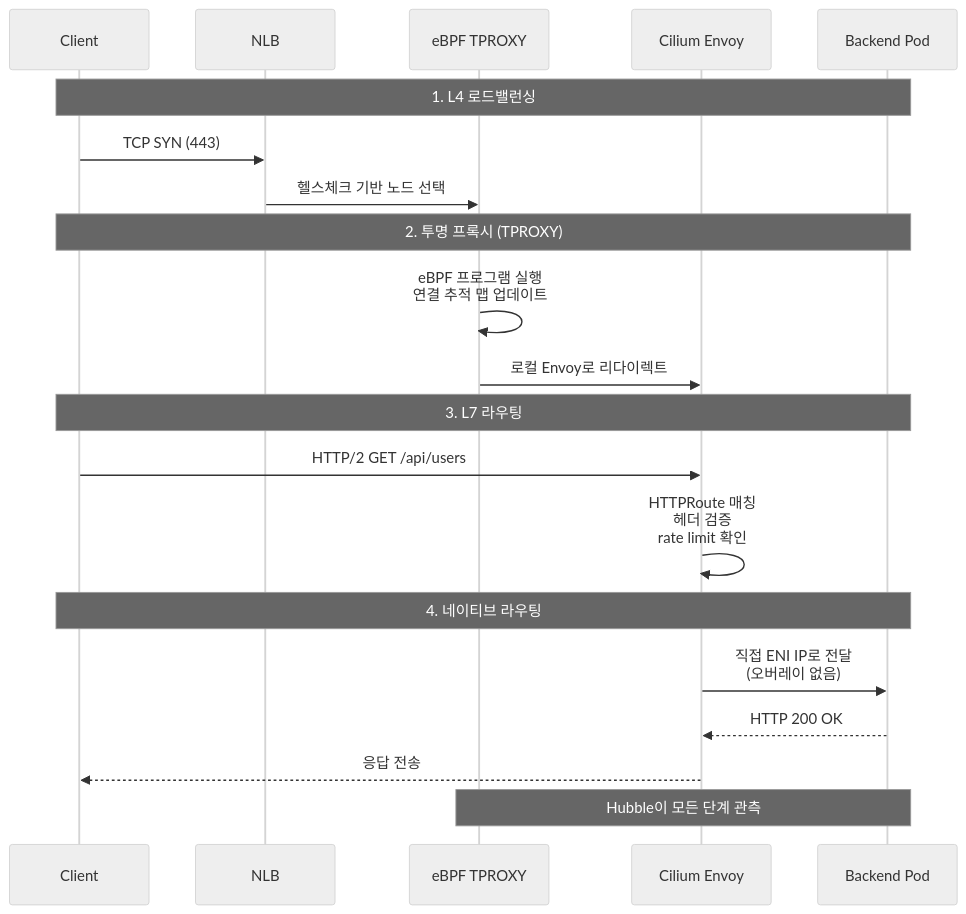
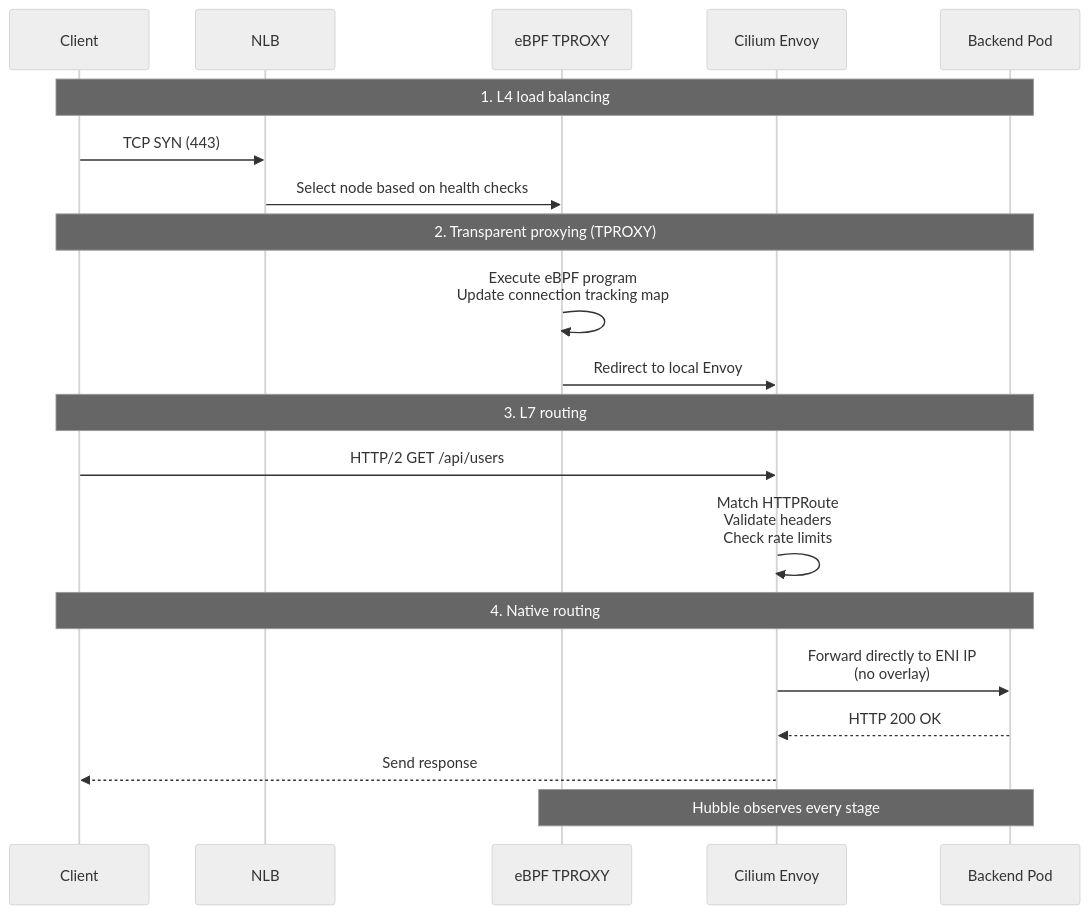
One commit to devfloor9/engineering-playbook changed the third of 6 diagrams in docs/eks-best-practices/networking-performance/gateway-api-adoption-guide/cilium-eni-gateway-api.md. Above: the diagram before and after it, drawn with Mermaid (neutral theme). The commit also changed other lines of this file and 954 other files, not shown here.

````diff
--- a/docs/eks-best-practices/networking-performance/gateway-api-adoption-guide/cilium-eni-gateway-api.md
+++ b/docs/eks-best-practices/networking-performance/gateway-api-adoption-guide/cilium-eni-gateway-api.md
@@ -185,27 +185,27 @@
 ```mermaid
 sequenceDiagram
     participant C as Client
     participant NLB as NLB
     participant TPROXY as eBPF TPROXY
     participant ENVOY as Cilium Envoy
     participant POD as Backend Pod
 
-    Note over C,POD: 1. L4 로드밸런싱
+    Note over C,POD: 1. L4 load balancing
     C->>NLB: TCP SYN (443)
-    NLB->>TPROXY: 헬스체크 기반 노드 선택
+    NLB->>TPROXY: Select node based on health checks
 
-    Note over C,POD: 2. 투명 프록시 (TPROXY)
-    TPROXY->>TPROXY: eBPF 프로그램 실행<br/>연결 추적 맵 업데이트
-    TPROXY->>ENVOY: 로컬 Envoy로 리다이렉트
+    Note over C,POD: 2. Transparent proxying (TPROXY)
+    TPROXY->>TPROXY: Execute eBPF program<br/>Update connection tracking map
+    TPROXY->>ENVOY: Redirect to local Envoy
 
-    Note over C,POD: 3. L7 라우팅
+    Note over C,POD: 3. L7 routing
     C->>ENVOY: HTTP/2 GET /api/users
-    ENVOY->>ENVOY: HTTPRoute 매칭<br/>헤더 검증<br/>rate limit 확인
+    ENVOY->>ENVOY: Match HTTPRoute<br/>Validate headers<br/>Check rate limits
 
-    Note over C,POD: 4. 네이티브 라우팅
-    ENVOY->>POD: 직접 ENI IP로 전달<br/>(오버레이 없음)
+    Note over C,POD: 4. Native routing
+    ENVOY->>POD: Forward directly to ENI IP<br/>(no overlay)
     POD-->>ENVOY: HTTP 200 OK
-    ENVOY-->>C: 응답 전송
+    ENVOY-->>C: Send response
 
-    Note over TPROXY,POD: Hubble이 모든 단계 관측
+    Note over TPROXY,POD: Hubble observes every stage
 ```
````
